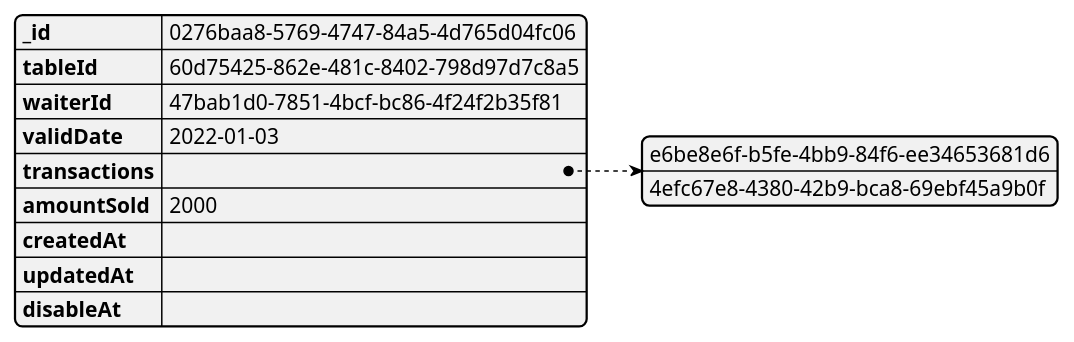
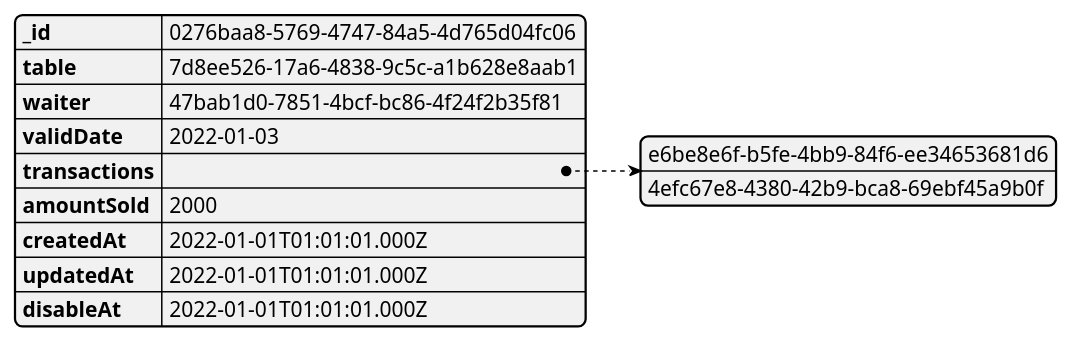
Before and after one commit to icc-dev/vc-project-architecture: the diagram in plantuml/jsons/table_waiter.puml, drawn with PlantUML. The commit also changed 8 other files, not shown here.

```diff
--- a/plantuml/jsons/table_waiter.puml
+++ b/plantuml/jsons/table_waiter.puml
@@ -1,13 +1,13 @@
 @startjson
 {
-"_id": "0276baa8-5769-4747-84a5-4d765d04fc06",
-"tableId": "60d75425-862e-481c-8402-798d97d7c8a5",
-"waiterId": "47bab1d0-7851-4bcf-bc86-4f24f2b35f81",
-"validDate": "2022-01-03",
-"transactions": ["e6be8e6f-b5fe-4bb9-84f6-ee34653681d6", "4efc67e8-4380-42b9-bca8-69ebf45a9b0f"],
-"amountSold": 2000,
-"createdAt": "",
-"updatedAt": "",
-"disableAt": ""
+    "_id": "0276baa8-5769-4747-84a5-4d765d04fc06",
+    "table": "7d8ee526-17a6-4838-9c5c-a1b628e8aab1",
+    "waiter": "47bab1d0-7851-4bcf-bc86-4f24f2b35f81",
+    "validDate": "2022-01-03",
+    "transactions": ["e6be8e6f-b5fe-4bb9-84f6-ee34653681d6", "4efc67e8-4380-42b9-bca8-69ebf45a9b0f"],
+    "amountSold": 2000,
+    "createdAt": "2022-01-01T01:01:01.000Z",
+    "updatedAt": "2022-01-01T01:01:01.000Z",
+    "disableAt": "2022-01-01T01:01:01.000Z"
 }
 @endjson
```
